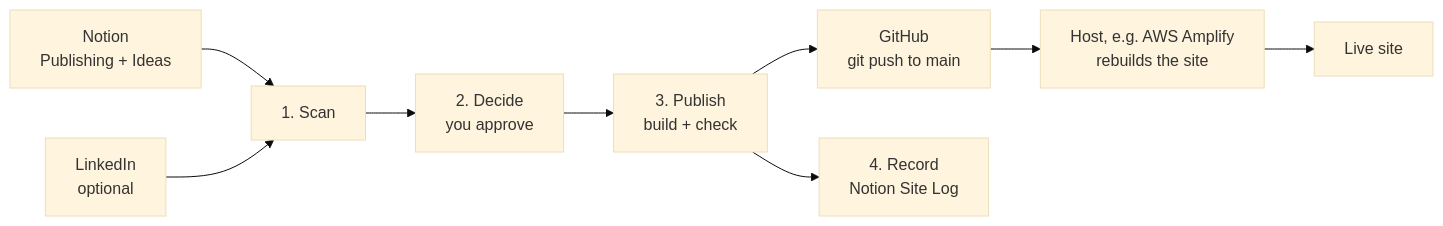
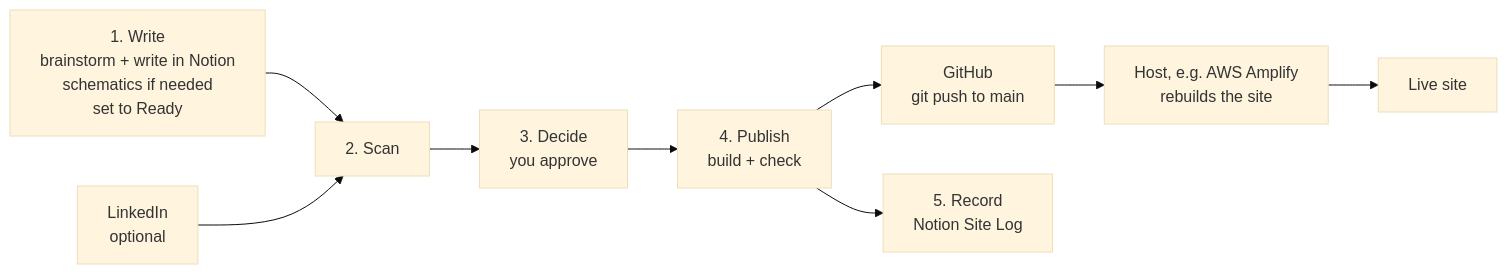
One commit to abhilashme/notion-to-astro-pipeline changed the diagram in README.md. Above: the diagram before and after it, drawn with Mermaid (base theme).

Commit message:
README: add Write as stage 1 of the pipeline diagram

````diff
--- a/README.md
+++ b/README.md
@@ -16,11 +16,11 @@
 ```mermaid
 flowchart LR
-  N[Notion<br/>Publishing + Ideas] --> S[1. Scan]
+  N[1. Write<br/>brainstorm + write in Notion<br/>schematics if needed<br/>set to Ready] --> S[2. Scan]
   L[LinkedIn<br/>optional] --> S
-  S --> D[2. Decide<br/>you approve]
-  D --> P[3. Publish<br/>build + check]
+  S --> D[3. Decide<br/>you approve]
+  D --> P[4. Publish<br/>build + check]
   P --> G[GitHub<br/>git push to main]
   G --> H[Host, e.g. AWS Amplify<br/>rebuilds the site]
   H --> W[Live site]
-  P --> R[4. Record<br/>Notion Site Log]
+  P --> R[5. Record<br/>Notion Site Log]
 ```
````
